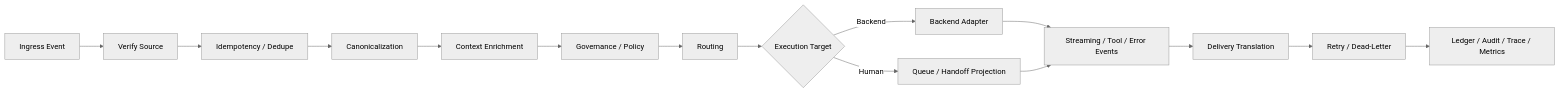
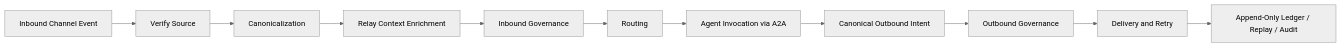
The first of 2 diagrams in docs/rfcs/middleware/routing-middleware-governance.md (ChatAgentRelay/ChatAgentRelay), drawn with Mermaid (neutral theme) before and after one commit. The commit also changed other lines of this file and 30 other files, not shown here.

First line of the commit message:
docs: align relay positioning and architecture specs

````diff
--- a/docs/rfcs/middleware/routing-middleware-governance.md
+++ b/docs/rfcs/middleware/routing-middleware-governance.md
@@ -52,17 +74,13 @@
 ```mermaid
 flowchart LR
-    A[Ingress Event] --> B[Verify Source]
-    B --> C[Idempotency / Dedupe]
-    C --> D[Canonicalization]
-    D --> E[Context Enrichment]
-    E --> F[Governance / Policy]
-    F --> G[Routing]
-    G --> H{Execution Target}
-    H -->|Backend| I[Backend Adapter]
-    H -->|Human| J[Queue / Handoff Projection]
-    I --> K[Streaming / Tool / Error Events]
-    J --> K
-    K --> L[Delivery Translation]
-    L --> M[Retry / Dead-Letter]
-    M --> N[Ledger / Audit / Trace / Metrics]
+    A[Inbound Channel Event] --> B[Verify Source]
+    B --> C[Canonicalization]
+    C --> D[Relay Context Enrichment]
+    D --> E[Inbound Governance]
+    E --> F[Routing]
+    F --> G[Agent Invocation via A2A]
+    G --> H[Canonical Outbound Intent]
+    H --> I[Outbound Governance]
+    I --> J[Delivery and Retry]
+    J --> K[Append-Only Ledger / Replay / Audit]
 ```
````
